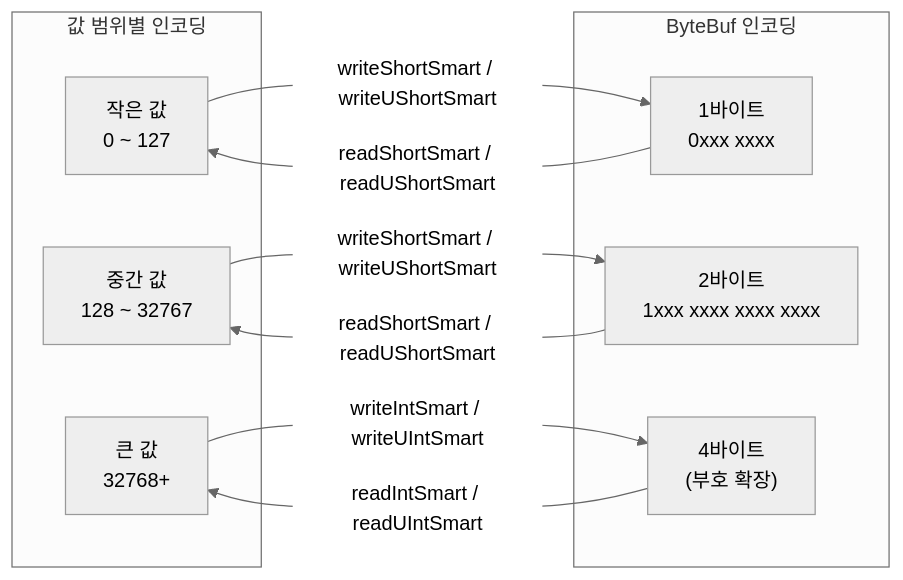
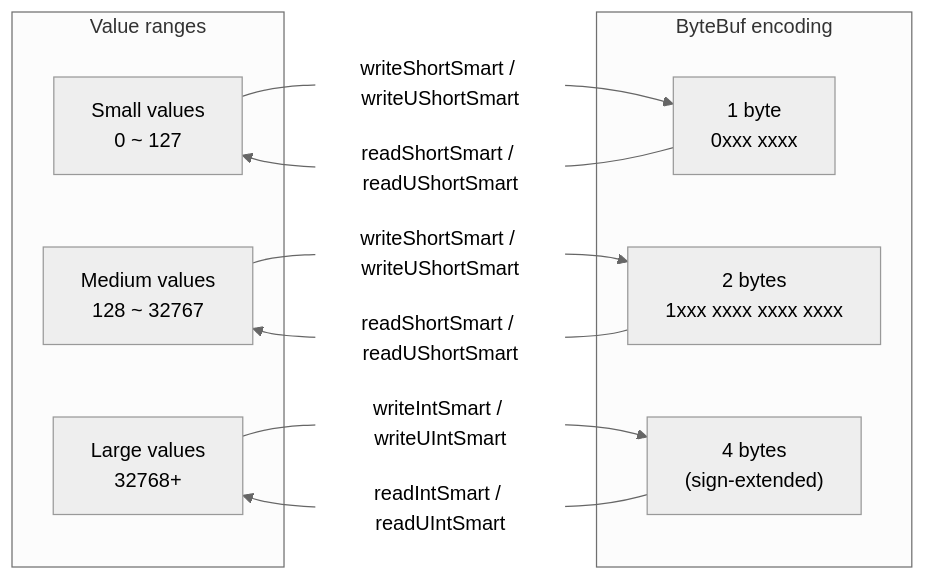
The second of 3 diagrams in io/netty/README.md (bluetape4k/bluetape4k-projects), drawn with Mermaid (neutral theme) before and after one commit. The commit also changed other lines of this file and 265 other files, not shown here.

````diff
--- a/io/netty/README.md
+++ b/io/netty/README.md
@@ -235,22 +236,22 @@
 ```mermaid
 flowchart LR
-    subgraph 값 범위별 인코딩
-        V1["작은 값<br/>0 ~ 127"]
-        V2["중간 값<br/>128 ~ 32767"]
-        V3["큰 값<br/>32768+"]
+    subgraph Value ranges
+        V1["Small values<br/>0 ~ 127"]
+        V2["Medium values<br/>128 ~ 32767"]
+        V3["Large values<br/>32768+"]
     end
 
-    subgraph ByteBuf 인코딩
-        B1["1바이트<br/>0xxx xxxx"]
-        B2["2바이트<br/>1xxx xxxx xxxx xxxx"]
-        B3["4바이트<br/>(부호 확장)"]
+    subgraph ByteBuf encoding
+        B1["1 byte<br/>0xxx xxxx"]
+        B2["2 bytes<br/>1xxx xxxx xxxx xxxx"]
+        B3["4 bytes<br/>(sign-extended)"]
     end
 
     V1 -->|writeShortSmart / writeUShortSmart| B1
     V2 -->|writeShortSmart / writeUShortSmart| B2
     V3 -->|writeIntSmart / writeUIntSmart| B3
 
     B1 -->|readShortSmart / readUShortSmart| V1
     B2 -->|readShortSmart / readUShortSmart| V2
     B3 -->|readIntSmart / readUIntSmart| V3
 ```
````
